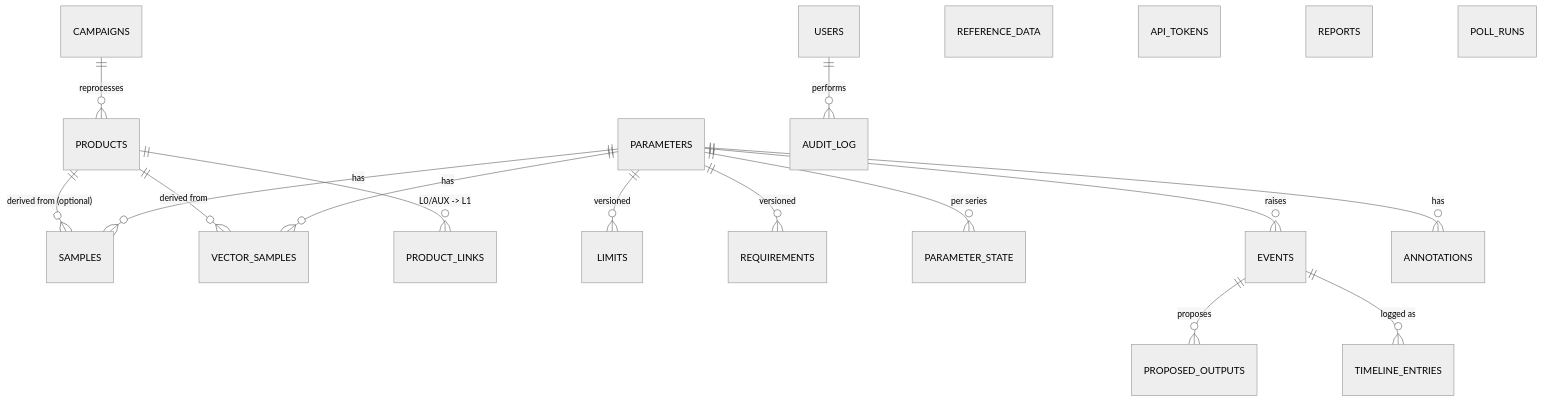
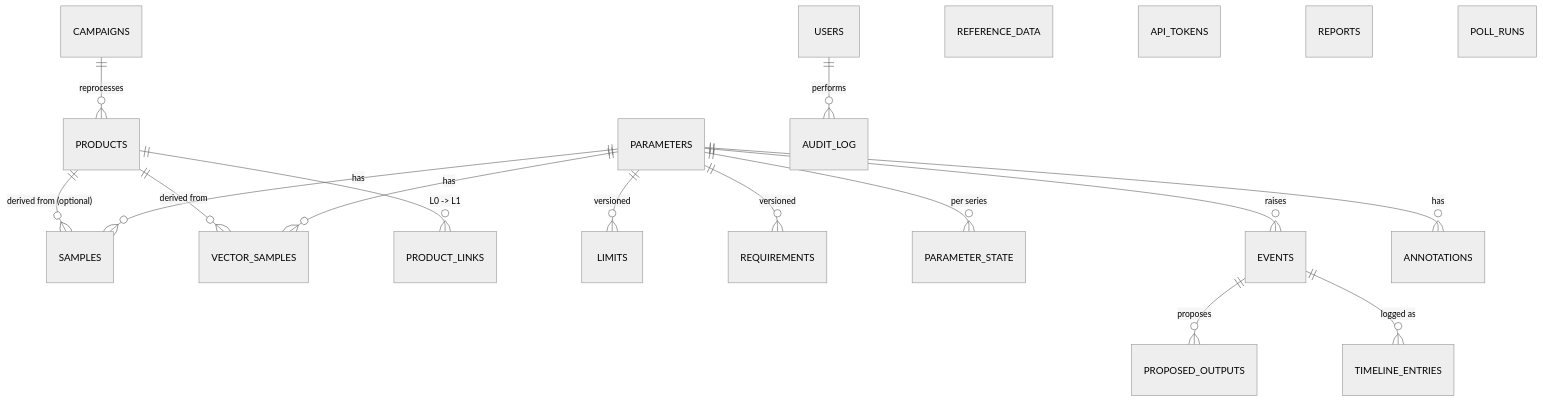
The fourth of 4 diagrams in docs/architecture.md (Sneakerx/fts-monitoring-demo), drawn with Mermaid (neutral theme) before and after one commit. The commit also changed other lines of this file and 47 other files, not shown here.

````diff
--- a/docs/architecture.md
+++ b/docs/architecture.md
@@ -125,21 +127,21 @@
 ```mermaid
 erDiagram
   PRODUCTS ||--o{ SAMPLES : "derived from (optional)"
   PRODUCTS ||--o{ VECTOR_SAMPLES : "derived from"
-  PRODUCTS ||--o{ PRODUCT_LINKS : "L0/AUX -> L1"
+  PRODUCTS ||--o{ PRODUCT_LINKS : "L0 -> L1"
   PARAMETERS ||--o{ SAMPLES : has
   PARAMETERS ||--o{ VECTOR_SAMPLES : has
   PARAMETERS ||--o{ LIMITS : "versioned"
   PARAMETERS ||--o{ REQUIREMENTS : "versioned"
   PARAMETERS ||--o{ PARAMETER_STATE : "per series"
   PARAMETERS ||--o{ EVENTS : raises
   EVENTS ||--o{ PROPOSED_OUTPUTS : proposes
   EVENTS ||--o{ TIMELINE_ENTRIES : "logged as"
   PARAMETERS ||--o{ ANNOTATIONS : has
   USERS ||--o{ AUDIT_LOG : performs
   CAMPAIGNS ||--o{ PRODUCTS : reprocesses
   REFERENCE_DATA
   API_TOKENS
   REPORTS
   POLL_RUNS
 ```
````
